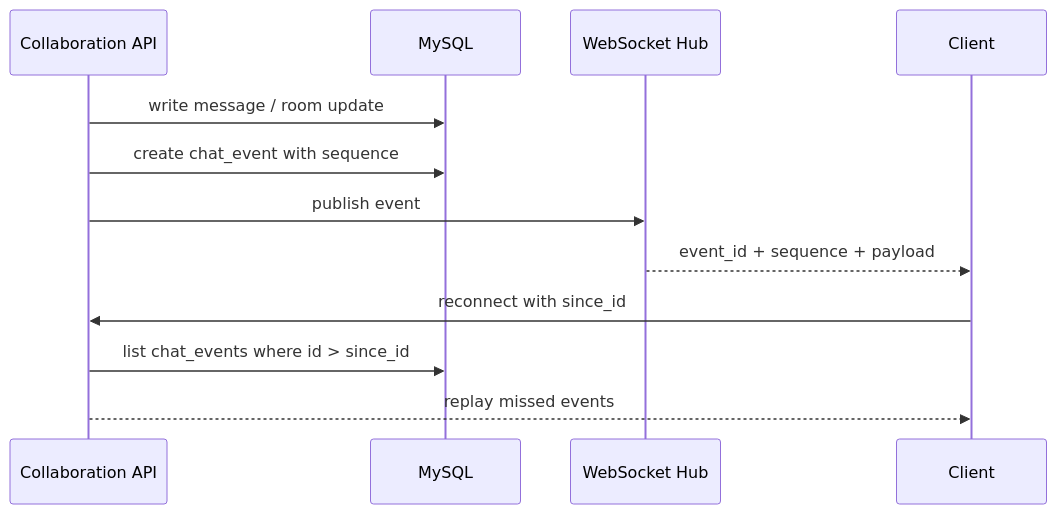
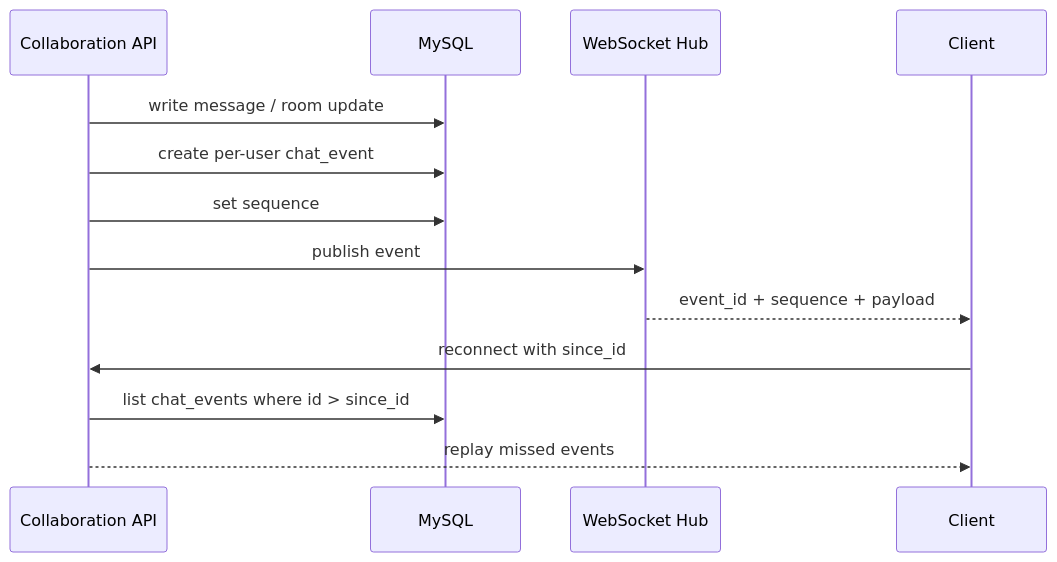
Before and after one commit to XianingY/AllCallAll: the second of 3 diagrams in docs/interview/system-design.md, drawn with Mermaid. The commit also changed other lines of this file and 8 other files, not shown here.

````diff
--- a/docs/interview/system-design.md
+++ b/docs/interview/system-design.md
@@ -50,15 +52,16 @@
 ```mermaid
 sequenceDiagram
     participant API as Collaboration API
     participant DB as MySQL
     participant Hub as WebSocket Hub
     participant Client as Client
 
     API->>DB: write message / room update
-    API->>DB: create chat_event with sequence
+    API->>DB: create per-user chat_event
+    API->>DB: set sequence
     API->>Hub: publish event
     Hub-->>Client: event_id + sequence + payload
     Client->>API: reconnect with since_id
     API->>DB: list chat_events where id > since_id
     API-->>Client: replay missed events
 ```
````
